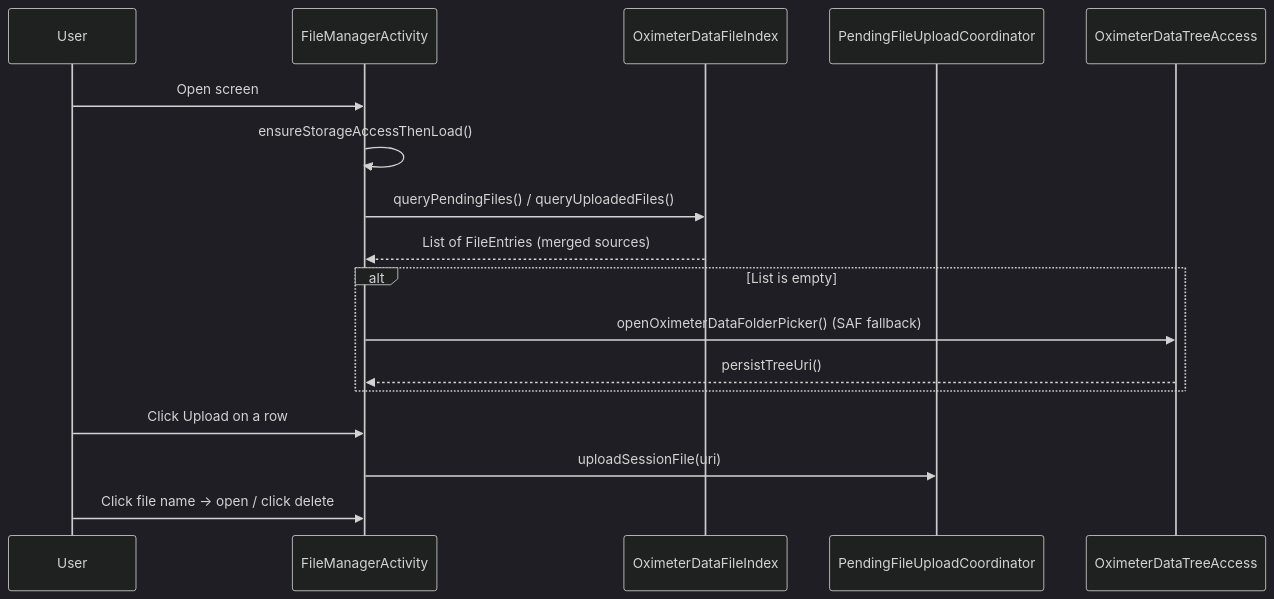
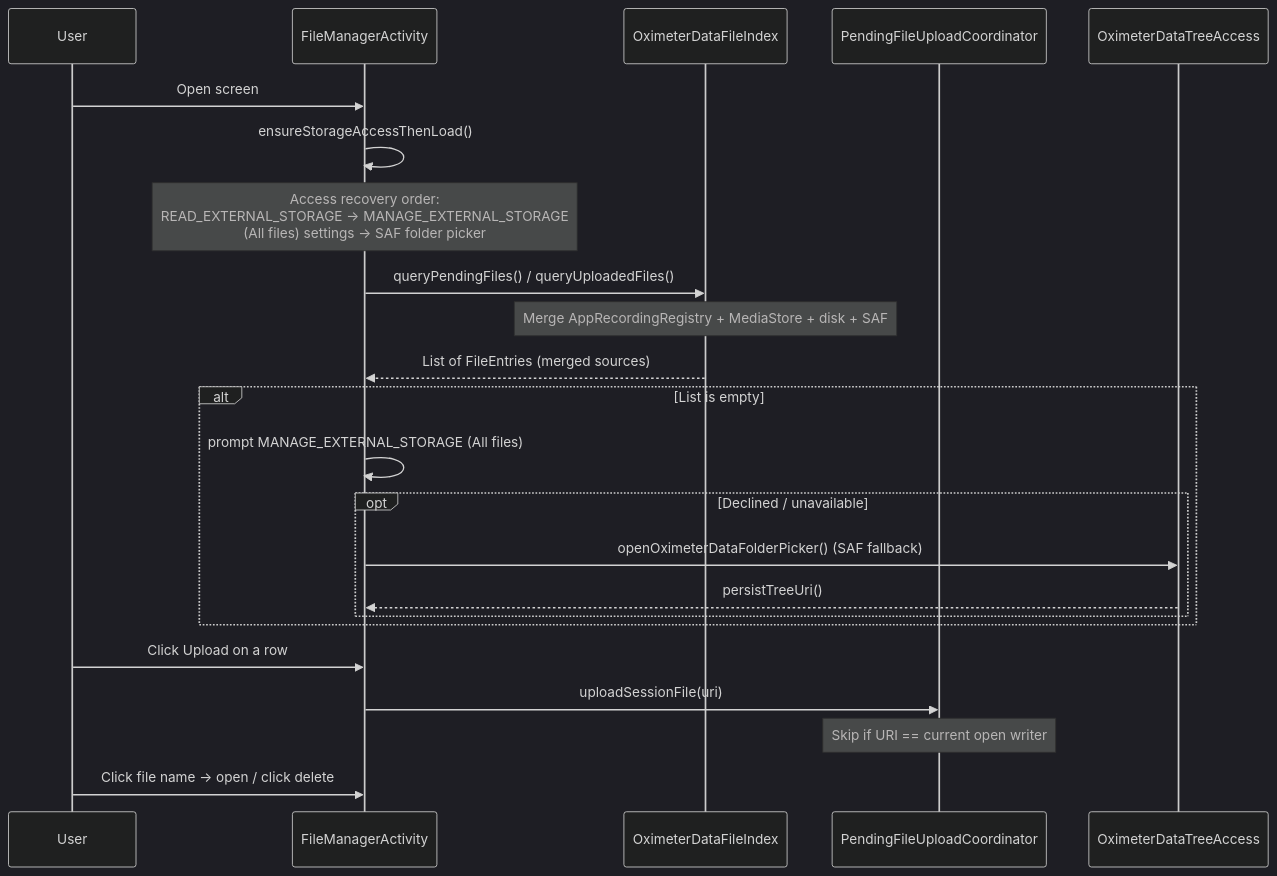
Before and after one commit to Oucru-Innovations/SmartCare-Capture: the diagram in docs/en/2-architecture/flow-06-file-management.md, drawn with Mermaid (dark theme). The commit also changed other lines of this file and 36 other files, not shown here.

````diff
--- a/docs/en/2-architecture/flow-06-file-management.md
+++ b/docs/en/2-architecture/flow-06-file-management.md
@@ -17,20 +19,26 @@
 ```mermaid
 sequenceDiagram
     participant U as User
     participant FMA as FileManagerActivity
     participant IDX as OximeterDataFileIndex
     participant COORD as PendingFileUploadCoordinator
     participant SAF as OximeterDataTreeAccess
 
     U->>FMA: Open screen
     FMA->>FMA: ensureStorageAccessThenLoad()
+    Note over FMA: Access recovery order:<br/>READ_EXTERNAL_STORAGE → MANAGE_EXTERNAL_STORAGE<br/>(All files) settings → SAF folder picker
     FMA->>IDX: queryPendingFiles() / queryUploadedFiles()
+    Note over IDX: Merge AppRecordingRegistry + MediaStore + disk + SAF
     IDX-->>FMA: List of FileEntries (merged sources)
     alt List is empty
-        FMA->>SAF: openOximeterDataFolderPicker() (SAF fallback)
-        SAF-->>FMA: persistTreeUri()
+        FMA->>FMA: prompt MANAGE_EXTERNAL_STORAGE (All files)
+        opt Declined / unavailable
+            FMA->>SAF: openOximeterDataFolderPicker() (SAF fallback)
+            SAF-->>FMA: persistTreeUri()
+        end
     end
     U->>FMA: Click Upload on a row
     FMA->>COORD: uploadSessionFile(uri)
+    Note over COORD: Skip if URI == current open writer
     U->>FMA: Click file name → open / click delete
 ```
````
